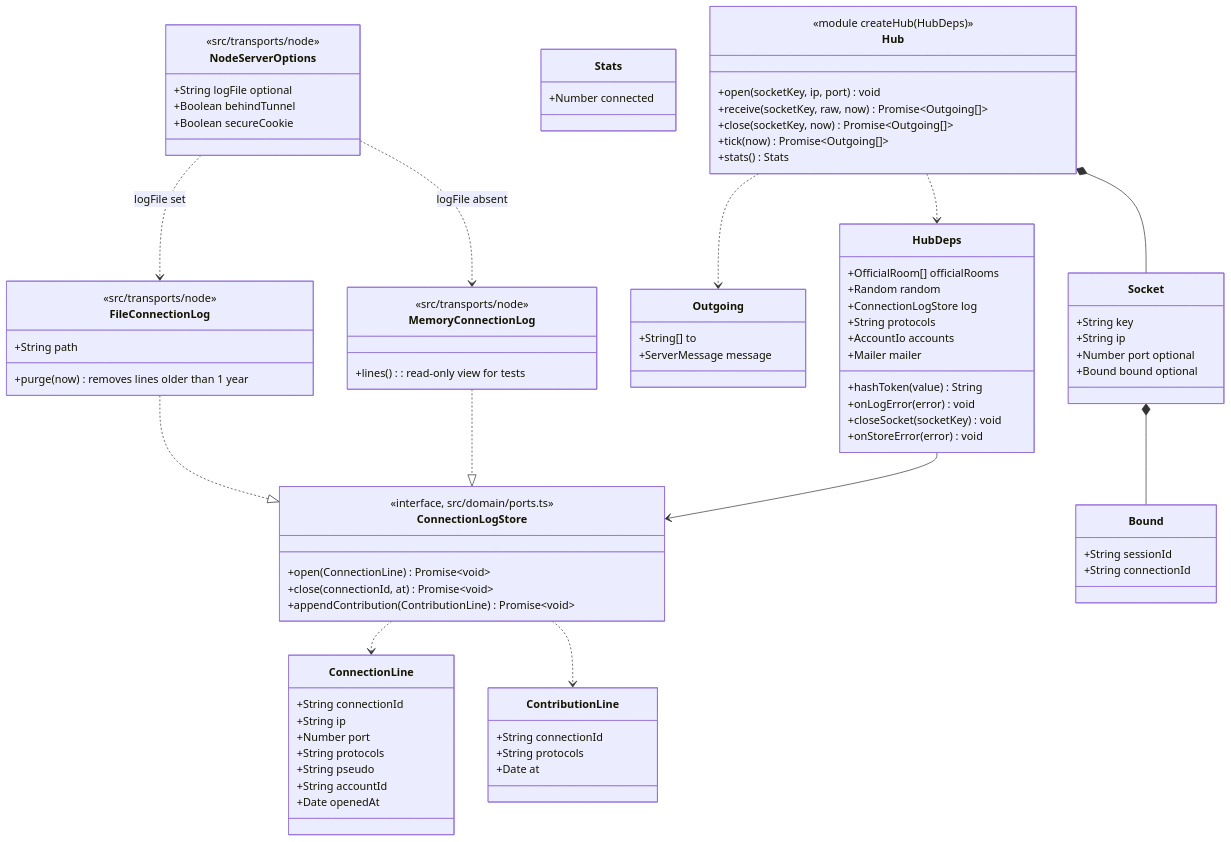
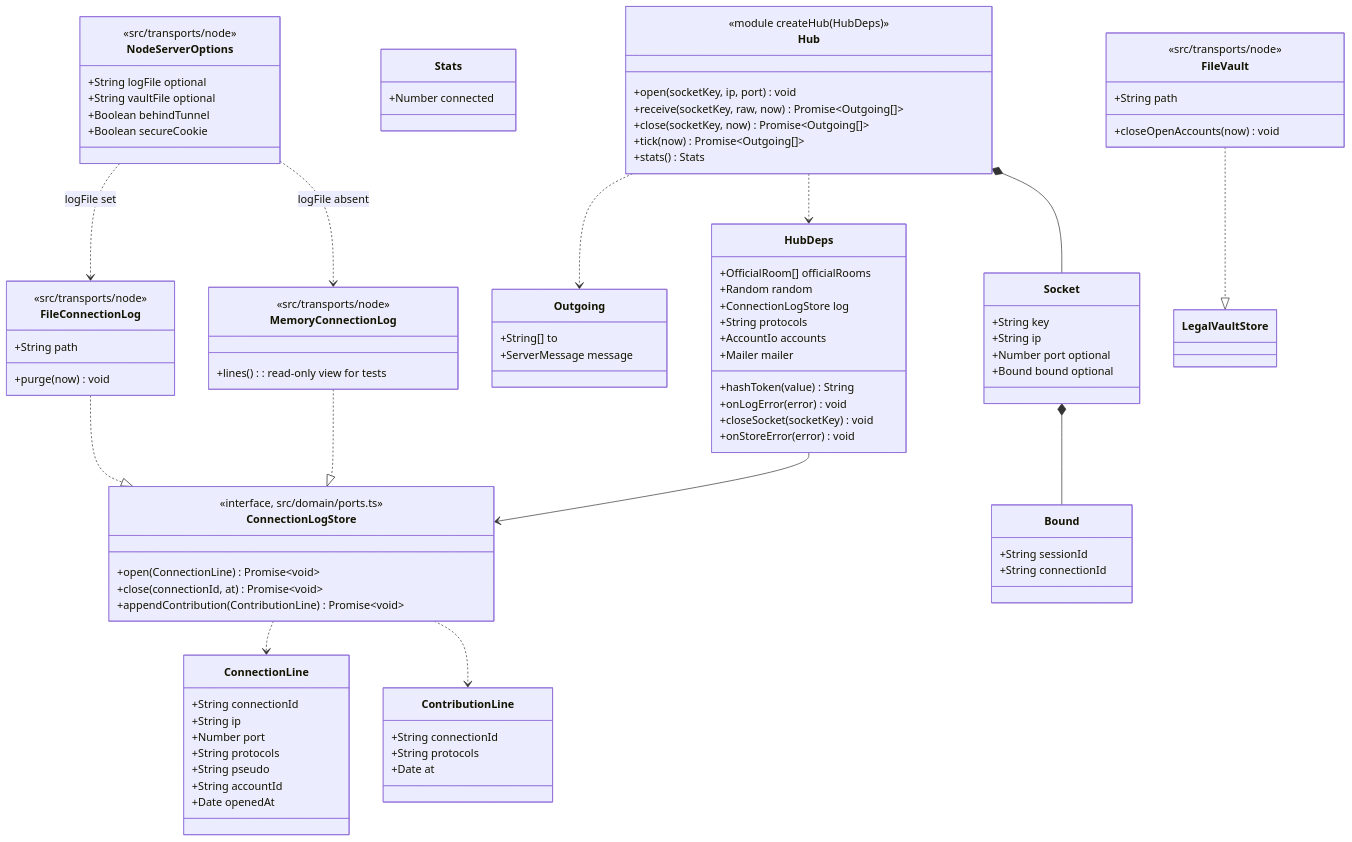
One commit to benoit-bremaud/asv changed the first of 2 diagrams in docs/architecture/diagrams/platform/04c-class-server-hub.md. Above: the diagram before and after it, drawn with Mermaid. The commit also changed other lines of this file and 11 other files, not shown here.

First line of the commit message:
docs(architecture): apply local review to the tester exposure study (#54)

```diff
--- a/docs/architecture/diagrams/platform/04c-class-server-hub.md
+++ b/docs/architecture/diagrams/platform/04c-class-server-hub.md
@@ -90,11 +90,18 @@
   class FileConnectionLog {
     <<src/transports/node>>
     +String path
-    +purge(now) removes lines older than 1 year
+    +purge(now) void
   }
+  class FileVault {
+    <<src/transports/node>>
+    +String path
+    +closeOpenAccounts(now) void
+  }
+  FileVault ..|> LegalVaultStore
   class NodeServerOptions {
     <<src/transports/node>>
     +String logFile optional
+    +String vaultFile optional
     +Boolean behindTunnel
     +Boolean secureCookie
   }
```
